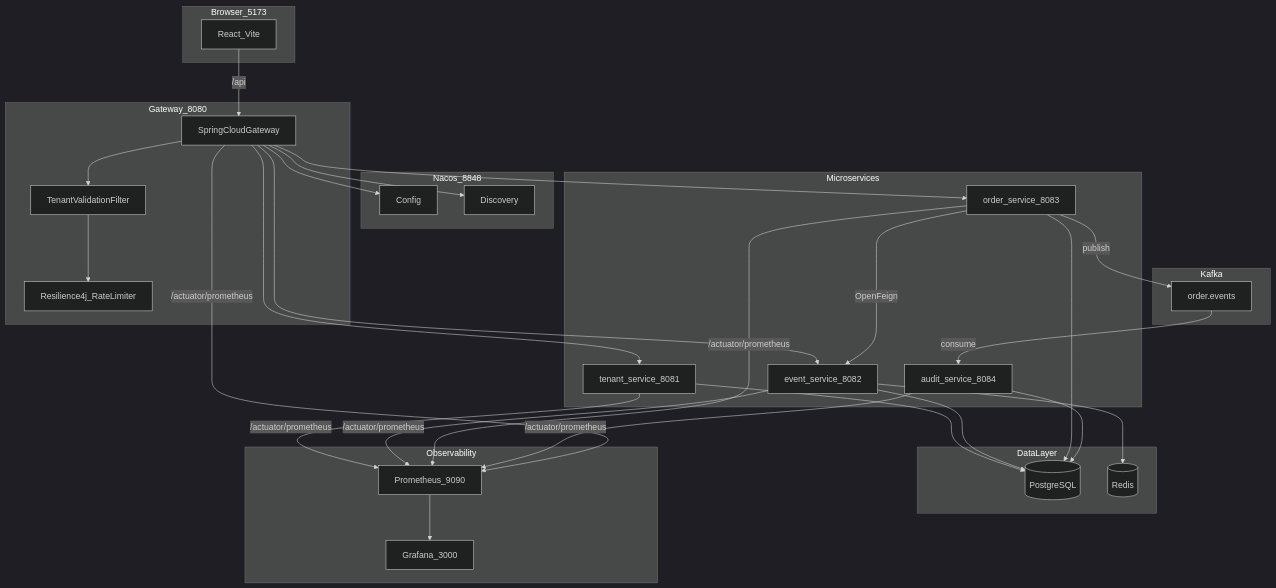
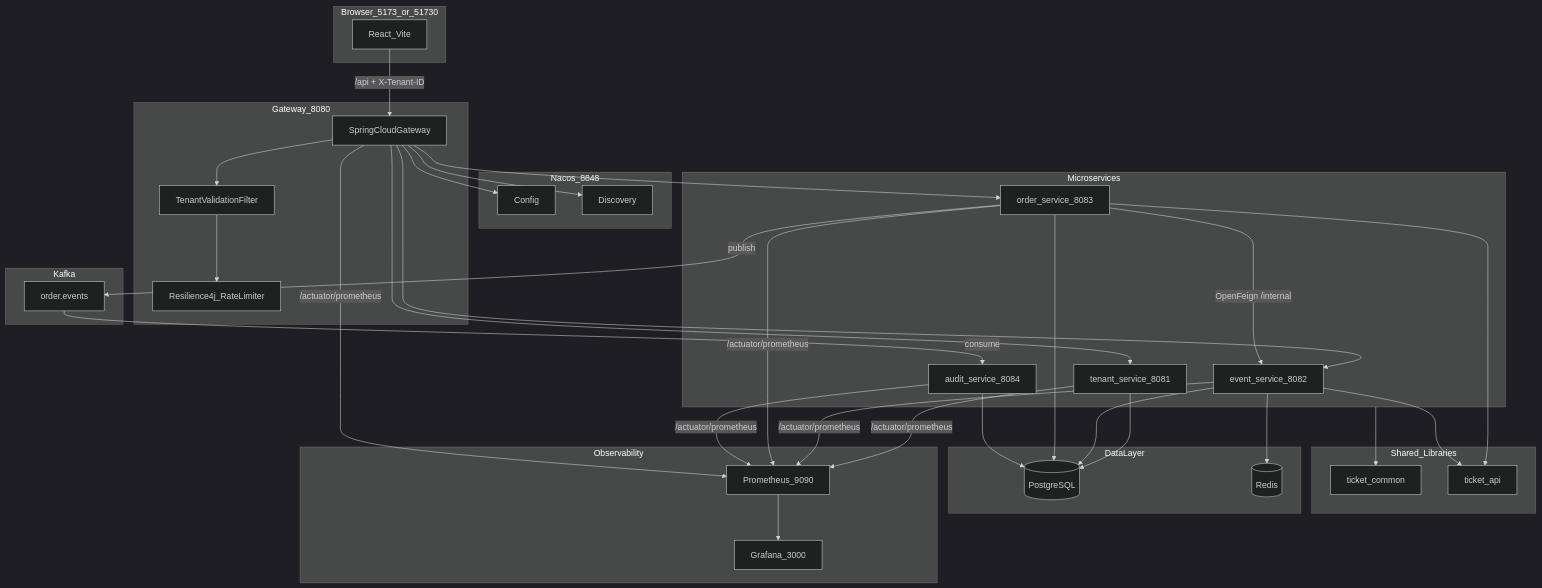
Before and after one commit to liweinan/ticket_demo: the first of 12 diagrams in docs/ARCHITECTURE.md, drawn with Mermaid (dark theme). The commit also changed other lines of this file, not shown here.

First line of the commit message:
Expand ARCHITECTURE.md with per-module responsibilities and business data flows.

````diff
--- a/docs/ARCHITECTURE.md
+++ b/docs/ARCHITECTURE.md
@@ -9,60 +11,68 @@
 ```mermaid
 flowchart TB
-  subgraph browser [Browser_5173]
+  subgraph browser [Browser_5173_or_51730]
     FE[React_Vite]
   end
 
   subgraph gateway [Gateway_8080]
     GW[SpringCloudGateway]
     RL[Resilience4j_RateLimiter]
     TV[TenantValidationFilter]
     GW --> TV --> RL
   end
 
   subgraph nacos [Nacos_8848]
     NC[Config]
     ND[Discovery]
   end
 
   subgraph services [Microservices]
     TS[tenant_service_8081]
     ES[event_service_8082]
     OS[order_service_8083]
     AS[audit_service_8084]
   end
 
+  subgraph shared [Shared_Libraries]
+    TC[ticket_common]
+    TA[ticket_api]
+  end
+
   subgraph messaging [Kafka]
     TOPIC[order.events]
   end
 
   subgraph data [DataLayer]
     PG[(PostgreSQL)]
     RD[(Redis)]
   end
 
   subgraph observability [Observability]
     Prom[Prometheus_9090]
     Graf[Grafana_3000]
   end
 
-  FE -->|"/api"| GW
+  FE -->|"/api + X-Tenant-ID"| GW
   GW --> TS
   GW --> ES
   GW --> OS
-  OS -->|OpenFeign| ES
+  OS -->|OpenFeign /internal| ES
   OS -->|publish| TOPIC
   TOPIC -->|consume| AS
   TS --> PG
   ES --> PG
   ES --> RD
   OS --> PG
   AS --> PG
   GW --> NC
   GW --> ND
+  services --> TC
+  OS --> TA
+  ES --> TA
   TS -->|"/actuator/prometheus"| Prom
   ES -->|"/actuator/prometheus"| Prom
   OS -->|"/actuator/prometheus"| Prom
   AS -->|"/actuator/prometheus"| Prom
   GW -->|"/actuator/prometheus"| Prom
   Prom --> Graf
 ```
````
